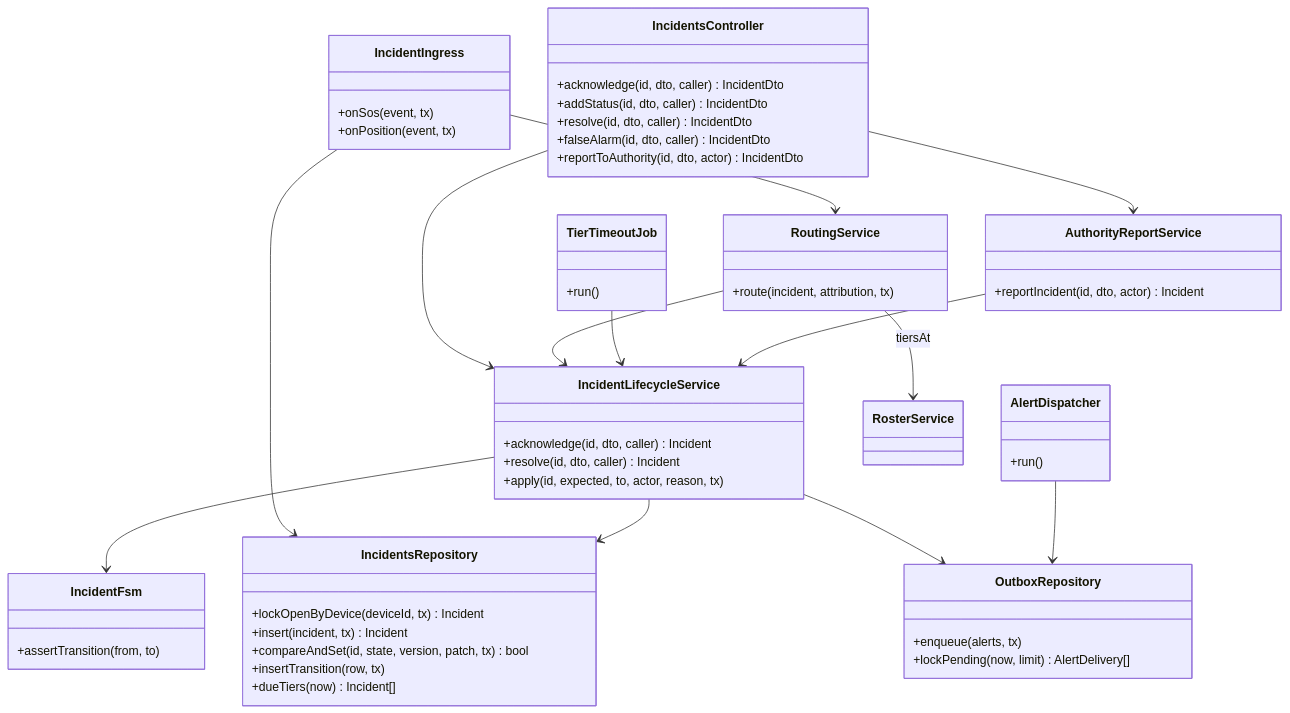
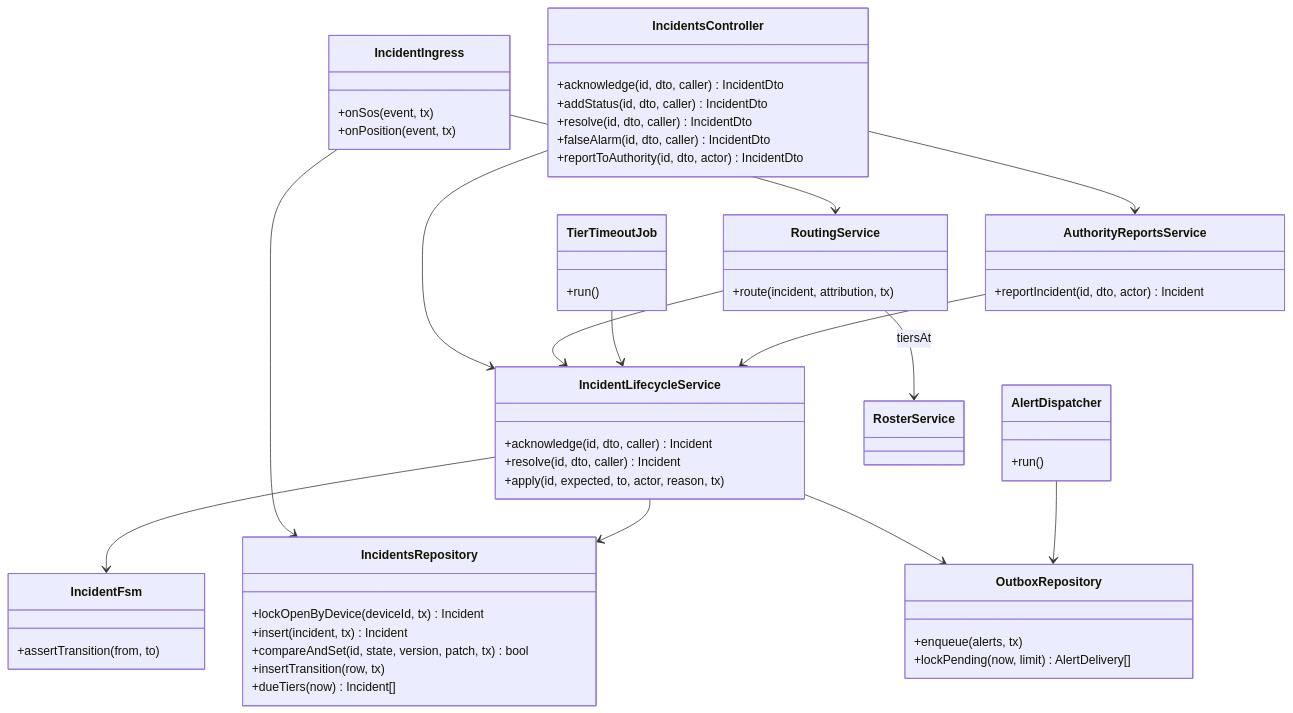
One commit to TrekLink-Team/treklink-web changed the fourth of 10 diagrams in specs/incidents/design.md. Above: the diagram before and after it, drawn with Mermaid. The commit also changed other lines of this file and 5 other files, not shown here.

First line of the commit message:
docs: name the authority report service AuthorityReportsService in the incidents spec

````diff
--- a/specs/incidents/design.md
+++ b/specs/incidents/design.md
@@ -250,58 +250,58 @@
 ```mermaid
 classDiagram
     class IncidentsController {
         +acknowledge(id, dto, caller) IncidentDto
         +addStatus(id, dto, caller) IncidentDto
         +resolve(id, dto, caller) IncidentDto
         +falseAlarm(id, dto, caller) IncidentDto
         +reportToAuthority(id, dto, actor) IncidentDto
     }
     class IncidentIngress {
         +onSos(event, tx)
         +onPosition(event, tx)
     }
     class IncidentLifecycleService {
         +acknowledge(id, dto, caller) Incident
         +resolve(id, dto, caller) Incident
         +apply(id, expected, to, actor, reason, tx)
     }
     class RoutingService {
         +route(incident, attribution, tx)
     }
-    class AuthorityReportService {
+    class AuthorityReportsService {
         +reportIncident(id, dto, actor) Incident
     }
     class TierTimeoutJob {
         +run()
     }
     class AlertDispatcher {
         +run()
     }
     class IncidentFsm {
         +assertTransition(from, to)
     }
     class IncidentsRepository {
         +lockOpenByDevice(deviceId, tx) Incident
         +insert(incident, tx) Incident
         +compareAndSet(id, state, version, patch, tx) bool
         +insertTransition(row, tx)
         +dueTiers(now) Incident[]
     }
     class OutboxRepository {
         +enqueue(alerts, tx)
         +lockPending(now, limit) AlertDelivery[]
     }
     class RosterService
     IncidentsController --> IncidentLifecycleService
-    IncidentsController --> AuthorityReportService
+    IncidentsController --> AuthorityReportsService
     IncidentIngress --> RoutingService
     IncidentIngress --> IncidentsRepository
     RoutingService --> RosterService : tiersAt
     RoutingService --> IncidentLifecycleService
     TierTimeoutJob --> IncidentLifecycleService
-    AuthorityReportService --> IncidentLifecycleService
+    AuthorityReportsService --> IncidentLifecycleService
     IncidentLifecycleService --> IncidentFsm
     IncidentLifecycleService --> IncidentsRepository
     IncidentLifecycleService --> OutboxRepository
     AlertDispatcher --> OutboxRepository
 ```
````
